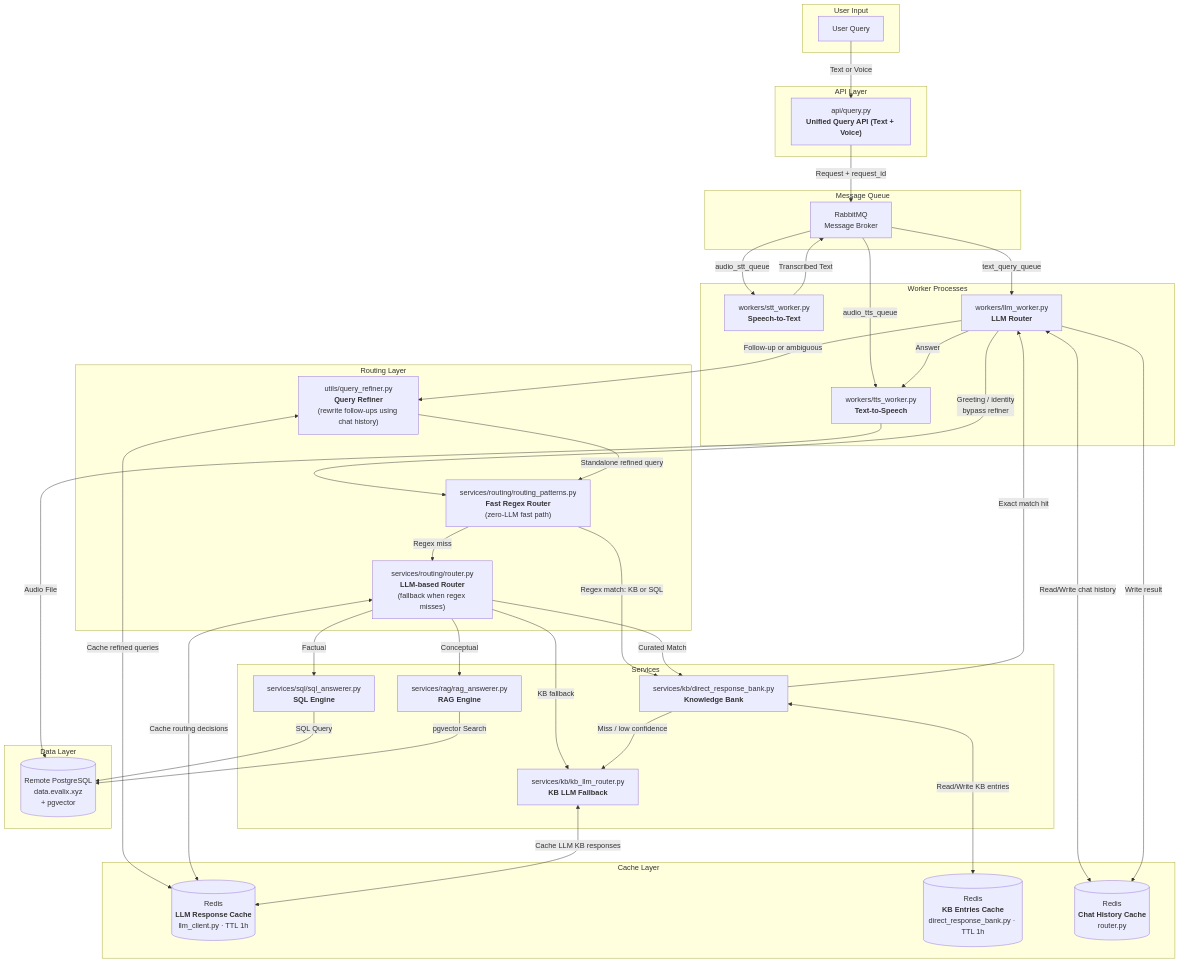
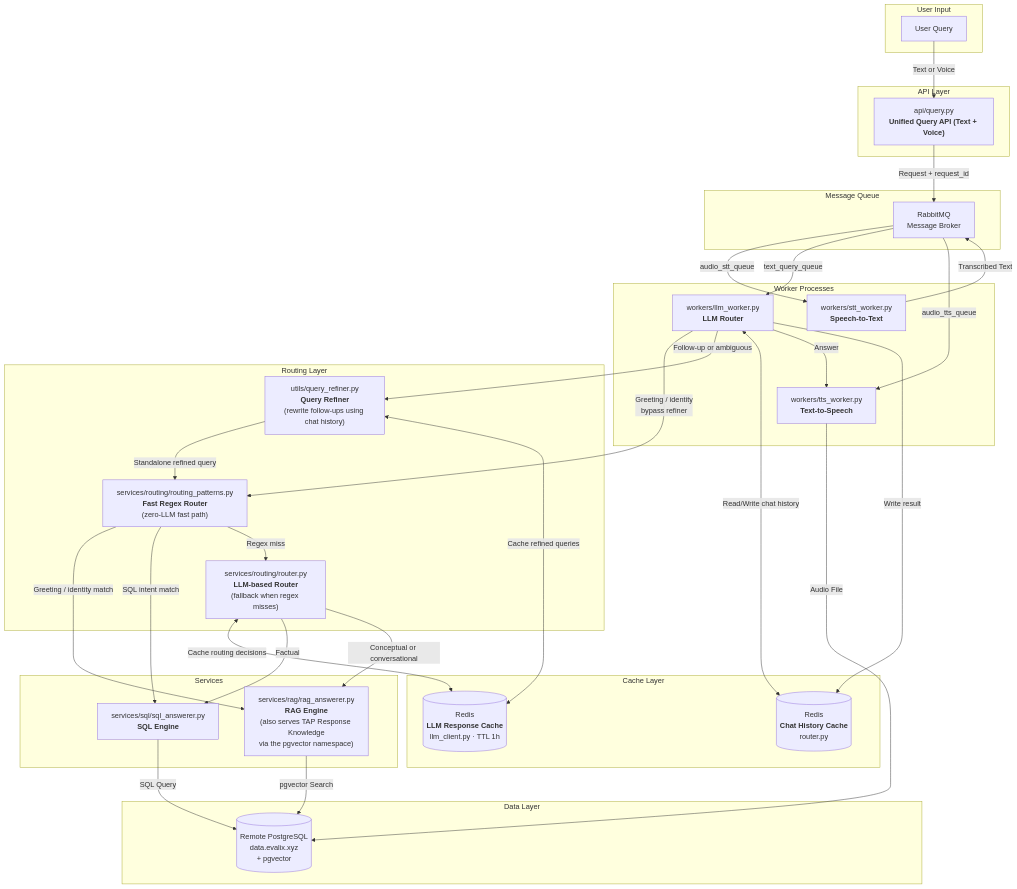
One commit to theapprenticeproject/Ai changed the first of 3 diagrams in README.md. Above: the diagram before and after it, drawn with Mermaid. The commit also changed other lines of this file and 7 other files, not shown here.

First line of the commit message:
refactor(routing): remove Knowledge Bank tool, serve KB via vector_search

````diff
--- a/README.md
+++ b/README.md
@@ -99,77 +95,68 @@
 ```mermaid
 graph TD
     subgraph "User Input"
         User[User Query]
     end
 
     subgraph "API Layer"
       QueryAPI["api/query.py<br><b>Unified Query API (Text + Voice)</b>"]
     end
 
     subgraph "Message Queue"
         RabbitMQ["RabbitMQ<br>Message Broker"]
     end
 
     subgraph "Worker Processes"
         STTWorker["workers/stt_worker.py<br><b>Speech-to-Text</b>"]
         LLMWorker["workers/llm_worker.py<br><b>LLM Router</b>"]
         TTSWorker["workers/tts_worker.py<br><b>Text-to-Speech</b>"]
     end
 
     subgraph "Routing Layer"
         Refiner["utils/query_refiner.py<br><b>Query Refiner</b><br>(rewrite follow-ups using chat history)"]
         FastPath["services/routing/routing_patterns.py<br><b>Fast Regex Router</b><br>(zero-LLM fast path)"]
         Router["services/routing/router.py<br><b>LLM-based Router</b><br>(fallback when regex misses)"]
     end
 
     subgraph "Services"
-      KB["services/kb/direct_response_bank.py<br><b>Knowledge Bank</b>"]
         SQL["services/sql/sql_answerer.py<br><b>SQL Engine</b>"]
-        RAG["services/rag/rag_answerer.py<br><b>RAG Engine</b>"]
-      KBRouter["services/kb/kb_llm_router.py<br><b>KB LLM Fallback</b>"]
+        RAG["services/rag/rag_answerer.py<br><b>RAG Engine</b><br>(also serves TAP Response Knowledge<br>via the pgvector namespace)"]
     end
 
     subgraph "Cache Layer"
         RedisLLM[("Redis<br><b>LLM Response Cache</b><br>llm_client.py · TTL 1h")]
-        RedisKB[("Redis<br><b>KB Entries Cache</b><br>direct_response_bank.py · TTL 1h")]
         RedisHistory[("Redis<br><b>Chat History Cache</b><br>router.py")]
     end
 
     subgraph "Data Layer"
       PostgresDB[(Remote PostgreSQL<br>data.evalix.xyz<br>+ pgvector)]
     end
 
     User -->|Text or Voice| QueryAPI
     QueryAPI -->|Request + request_id| RabbitMQ
 
     RabbitMQ -->|audio_stt_queue| STTWorker
     RabbitMQ -->|text_query_queue| LLMWorker
     RabbitMQ -->|audio_tts_queue| TTSWorker
 
     STTWorker -->|Transcribed Text| RabbitMQ
     LLMWorker -->|Greeting / identity<br>bypass refiner| FastPath
     LLMWorker -->|Follow-up or ambiguous| Refiner
     Refiner -->|Standalone refined query| FastPath
     Refiner <-->|Cache refined queries| RedisLLM
-    FastPath -->|Regex match: KB or SQL| KB
+    FastPath -->|Greeting / identity match| RAG
+    FastPath -->|SQL intent match| SQL
     FastPath -->|Regex miss| Router
     Router <-->|Cache routing decisions| RedisLLM
-    Router -->|Curated Match| KB
     Router -->|Factual| SQL
-    Router -->|Conceptual| RAG
-    Router -->|KB fallback| KBRouter
-
-    KB <-->|Read/Write KB entries| RedisKB
-    KB -->|Exact match hit| LLMWorker
-    KB -->|Miss / low confidence| KBRouter
-    KBRouter <-->|Cache LLM KB responses| RedisLLM
+    Router -->|Conceptual or conversational| RAG
 
     LLMWorker <-->|Read/Write chat history| RedisHistory
 
     SQL -->|SQL Query| PostgresDB
     RAG -->|pgvector Search| PostgresDB
 
     LLMWorker -->|Answer| TTSWorker
     TTSWorker -->|Audio File| PostgresDB
     LLMWorker -->|Write result| RedisHistory
 ```
````
